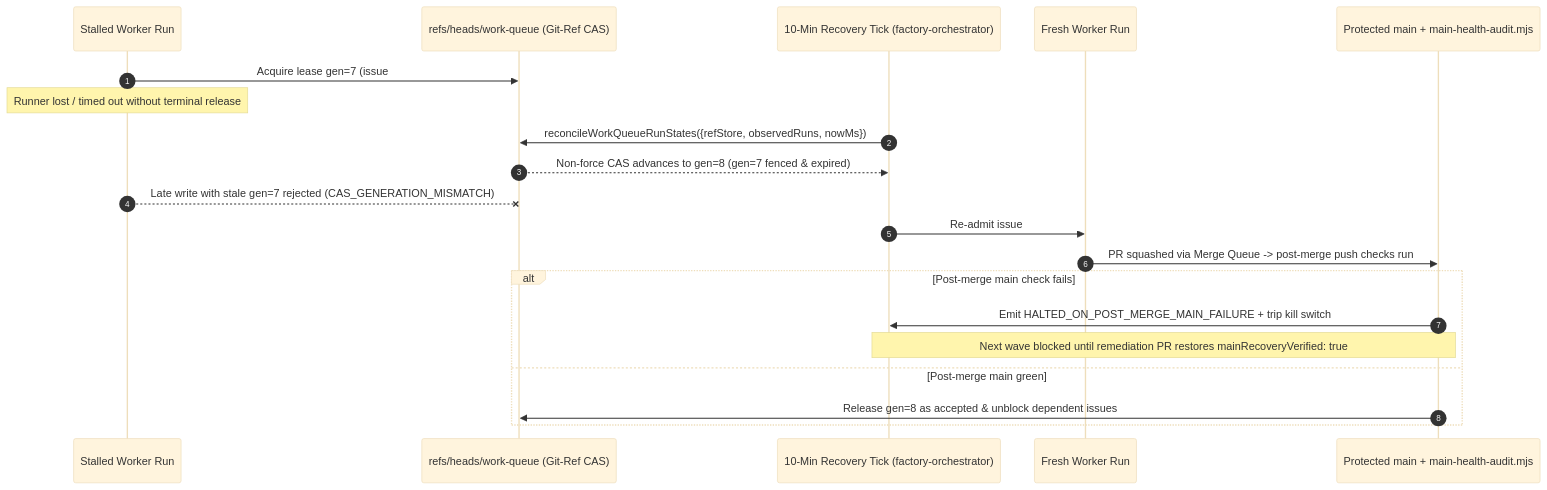
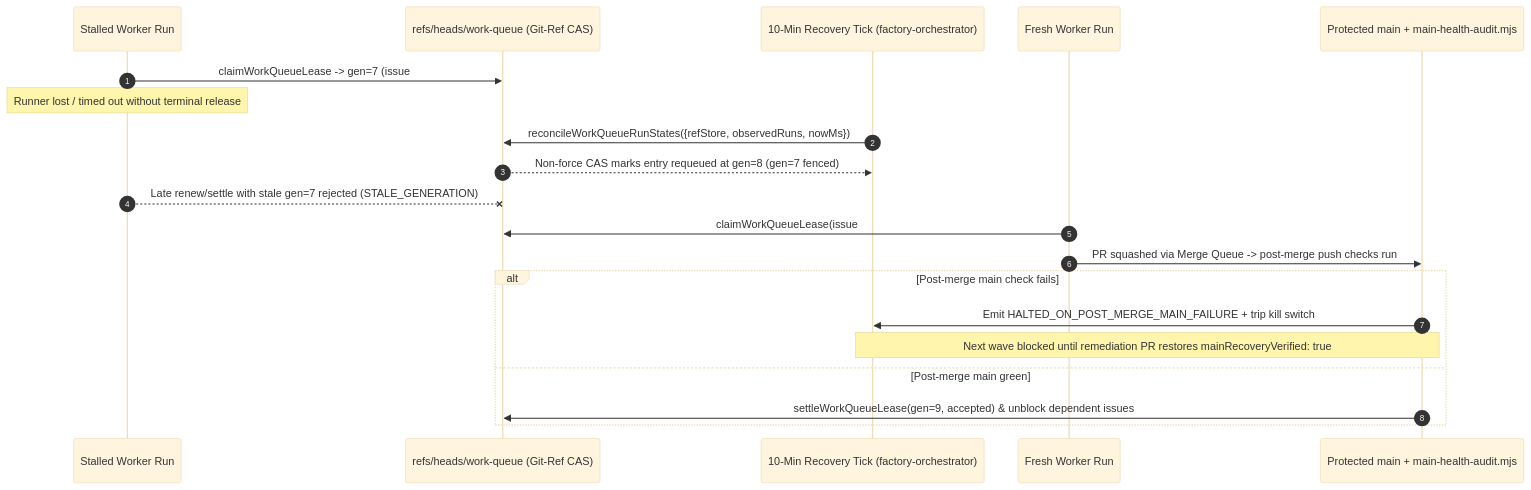
One commit to Jamula/SoftwareFactory changed the second of 3 diagrams in docs/OPERATIONS.md. Above: the diagram before and after it, drawn with Mermaid (base theme). The commit also changed 2 other files, not shown here.

Commit message:
docs: clarify Automode write isolation, CAS lease generations & queue edges
- Restrict pull_request_target / workflow_run read-only guarantee to evaluation
  jobs while explicitly retaining isolated scoped write jobs such as
  apply-queue-actions (SECURITY.md).
- Show reconcileWorkQueueRunStates marking the expired entry requeued (gen=8),
  STALE_GENERATION rejection for stale gen=7, and claimWorkQueueLease acquiring
  replacement lease gen=9 through settleWorkQueueLease (docs/OPERATIONS.md).
- Separate Automode queue-admission edge from required ruleset status-check
  edges in the workflow architecture diagram (docs/WORKFLOWS.md).

````diff
--- a/docs/OPERATIONS.md
+++ b/docs/OPERATIONS.md
@@ -62,23 +62,23 @@
 ```mermaid
 sequenceDiagram
   autonumber
   participant W1 as Stalled Worker Run #1
   participant WQ as refs/heads/work-queue (Git-Ref CAS)
   participant Rec as 10-Min Recovery Tick (factory-orchestrator)
   participant W2 as Fresh Worker Run #2
   participant Main as Protected main + main-health-audit.mjs
 
-  W1->>WQ: Acquire lease gen=7 (issue #42, TTL=3600s)
+  W1->>WQ: claimWorkQueueLease -> gen=7 (issue #42, TTL=3600s)
   Note over W1: Runner lost / timed out without terminal release
   Rec->>WQ: reconcileWorkQueueRunStates({refStore, observedRuns, nowMs})
-  WQ-->>Rec: Non-force CAS advances to gen=8 (gen=7 fenced & expired)
-  W1--xWQ: Late write with stale gen=7 rejected (CAS_GENERATION_MISMATCH)
-  Rec->>W2: Re-admit issue #42 cleanly under gen=8 (0 duplicate active leases)
+  WQ-->>Rec: Non-force CAS marks entry requeued at gen=8 (gen=7 fenced)
+  W1--xWQ: Late renew/settle with stale gen=7 rejected (STALE_GENERATION)
+  W2->>WQ: claimWorkQueueLease(issue #42) -> replacement lease gen=9 (0 duplicate active leases)
   W2->>Main: PR squashed via Merge Queue -> post-merge push checks run
   alt Post-merge main check fails
     Main->>Rec: Emit HALTED_ON_POST_MERGE_MAIN_FAILURE + trip kill switch
     Note over Rec,Main: Next wave blocked until remediation PR restores mainRecoveryVerified: true
   else Post-merge main green
-    Main->>WQ: Release gen=8 as accepted & unblock dependent issues
+    Main->>WQ: settleWorkQueueLease(gen=9, accepted) & unblock dependent issues
   end
 ```
````
